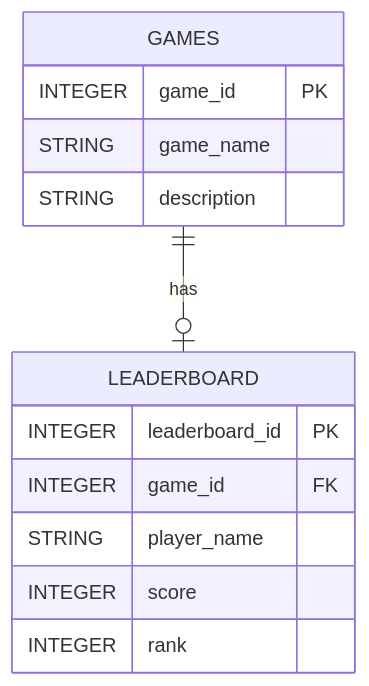
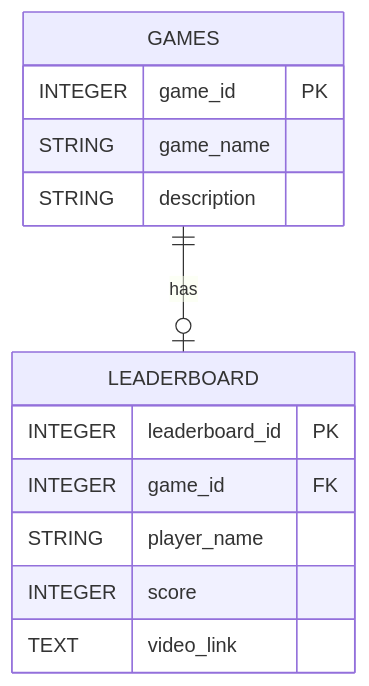
The first of 2 diagrams in planning.md (mamccorkle/Confident-Coders-Modern-Software-Development-Assignment), drawn with Mermaid before and after one commit. The commit also changed other lines of this file and 1 other file, not shown here.

````diff
--- a/planning.md
+++ b/planning.md
@@ -34,17 +34,17 @@
 ```mermaid
 erDiagram
     GAMES {
         INTEGER game_id PK
         STRING game_name
         STRING description
     }
     LEADERBOARD {
         INTEGER leaderboard_id PK
         INTEGER game_id FK
         STRING player_name
         INTEGER score
-        INTEGER rank
+        TEXT video_link
     }
 
     GAMES ||--o| LEADERBOARD: "has"
 ```
````
